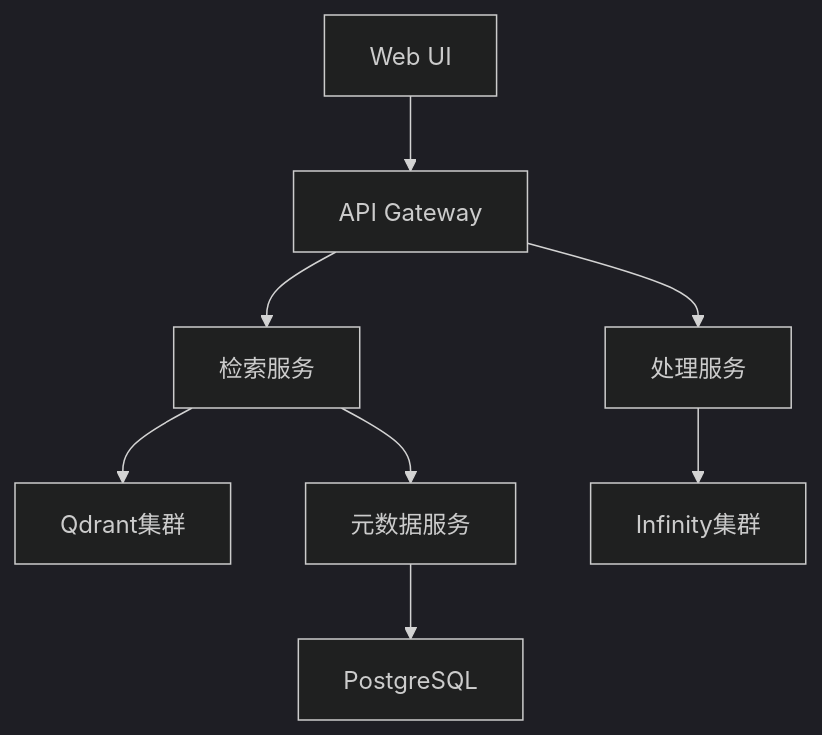
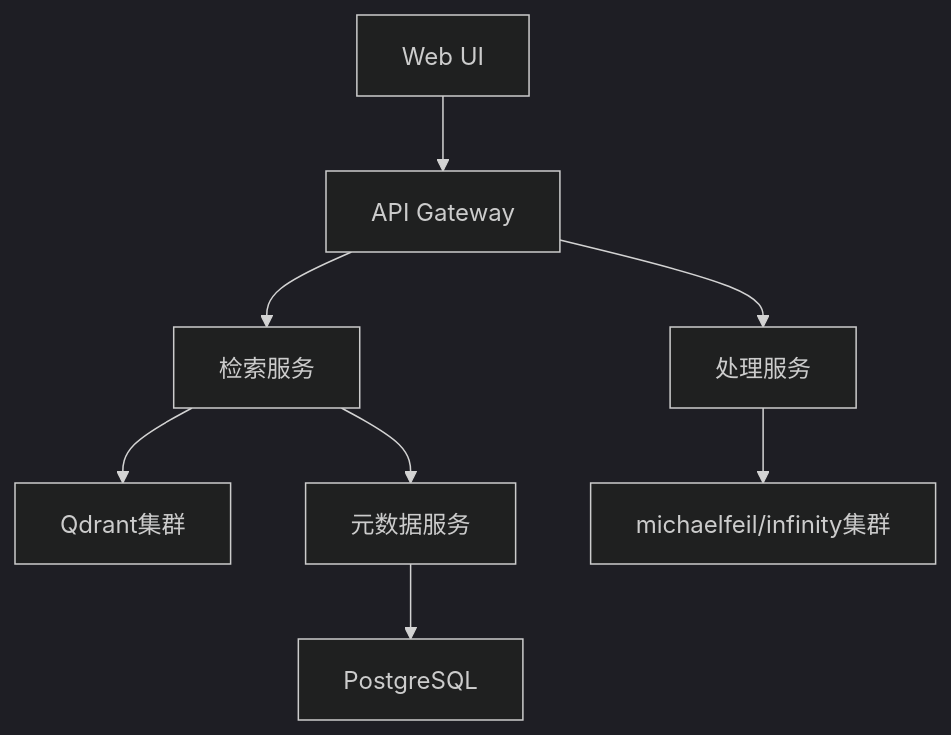
Diagram 24 of 25 in docs/design.md (cr4342/msearch), drawn with Mermaid (dark theme) before and after one commit. The commit also changed other lines of this file and 106 other files, not shown here.

````diff
--- a/docs/design.md
+++ b/docs/design.md
@@ -4169,10 +4175,10 @@
 ```mermaid
 graph TB
     A[Web UI] --> B[API Gateway]
     B --> C[检索服务]
     B --> D[处理服务]
     C --> E[Qdrant集群]
-    D --> F[Infinity集群]
+    D --> F[michaelfeil/infinity集群]
     C --> G[元数据服务]
     G --> H[PostgreSQL]
 ```
````
